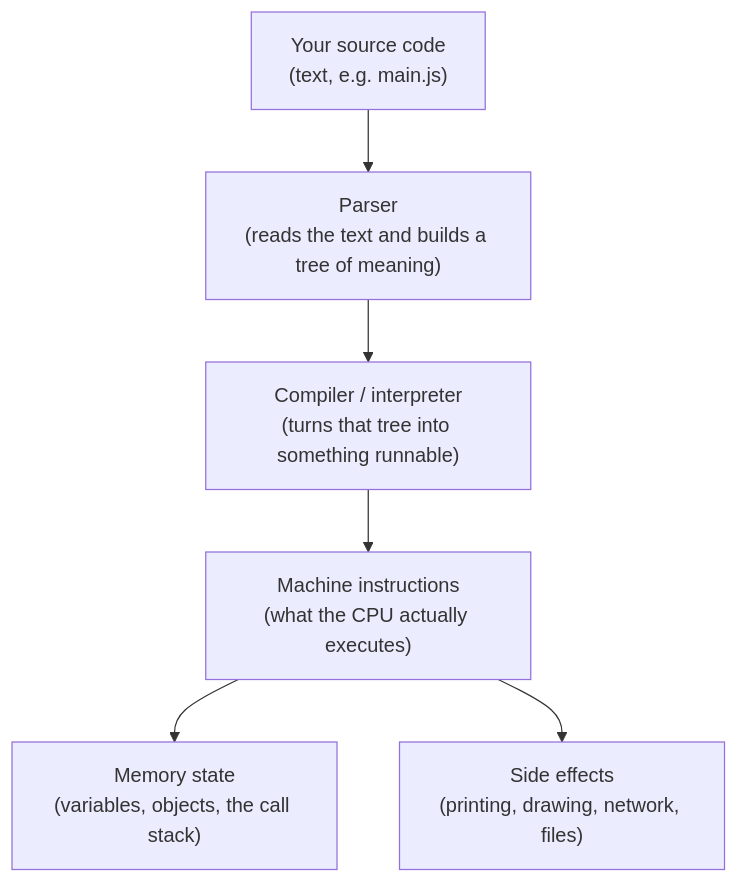
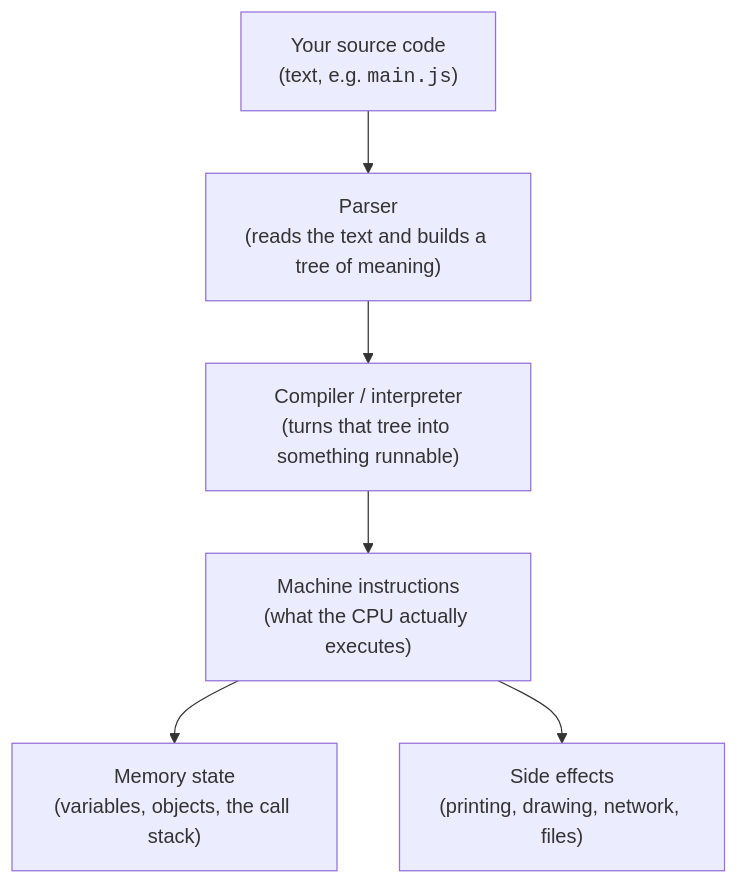
One commit to dataslope/dataslope changed the second of 3 diagrams in content/learn/beginners-javascript/how-computers-execute-programs.mdx. Above: the diagram before and after it, drawn with Mermaid. The commit also changed other lines of this file and 218 other files, not shown here.

First line of the commit message:
Render code-only mermaid shapes in monospace; convert step sequences to Steps (#467)

````diff
--- a/content/learn/beginners-javascript/how-computers-execute-programs.mdx
+++ b/content/learn/beginners-javascript/how-computers-execute-programs.mdx
@@ -73,12 +73,12 @@
 ```mermaid
 flowchart TB
-    A["Your source code<br/>(text, e.g. main.js)"]
+    A["Your source code<br/>(text, e.g. <code>main.js</code>)"]
     B["Parser<br/>(reads the text and builds a tree of meaning)"]
     C["Compiler / interpreter<br/>(turns that tree into something runnable)"]
     D["Machine instructions<br/>(what the CPU actually executes)"]
     E["Memory state<br/>(variables, objects, the call stack)"]
     F["Side effects<br/>(printing, drawing, network, files)"]
     A --> B --> C --> D
     D --> E
     D --> F
 ```
````
